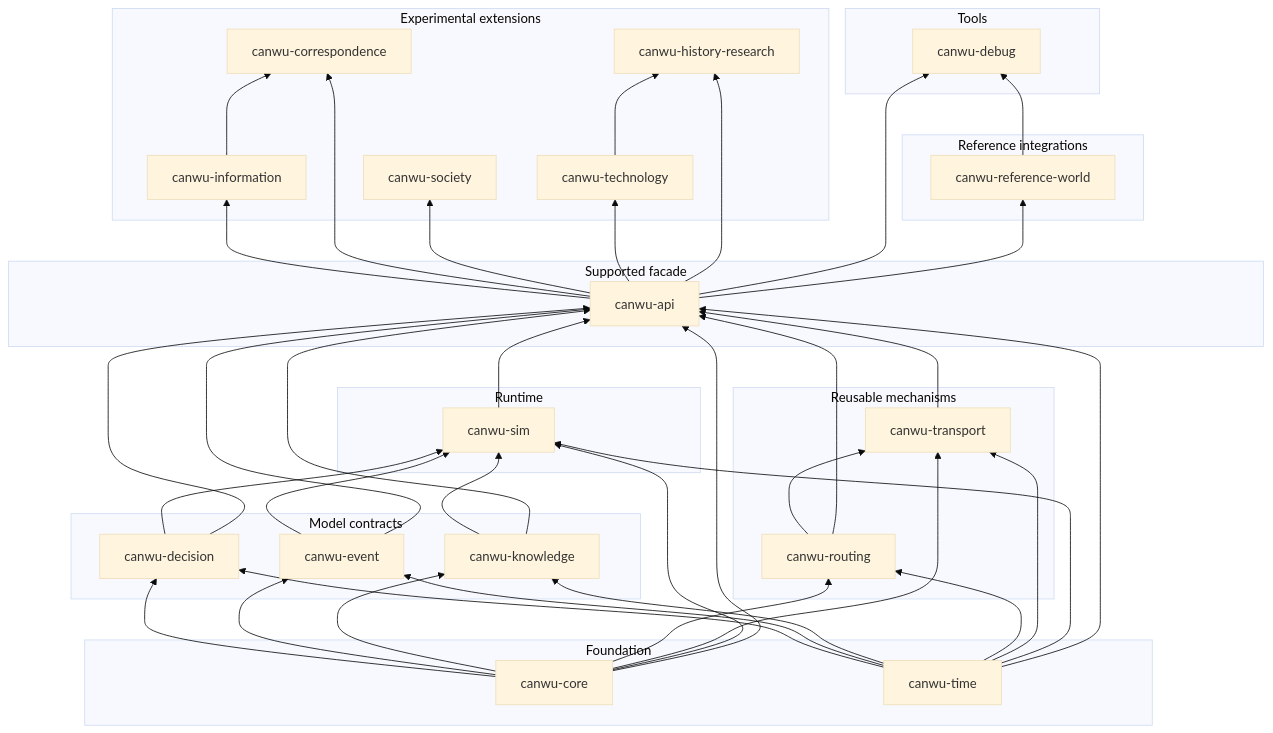
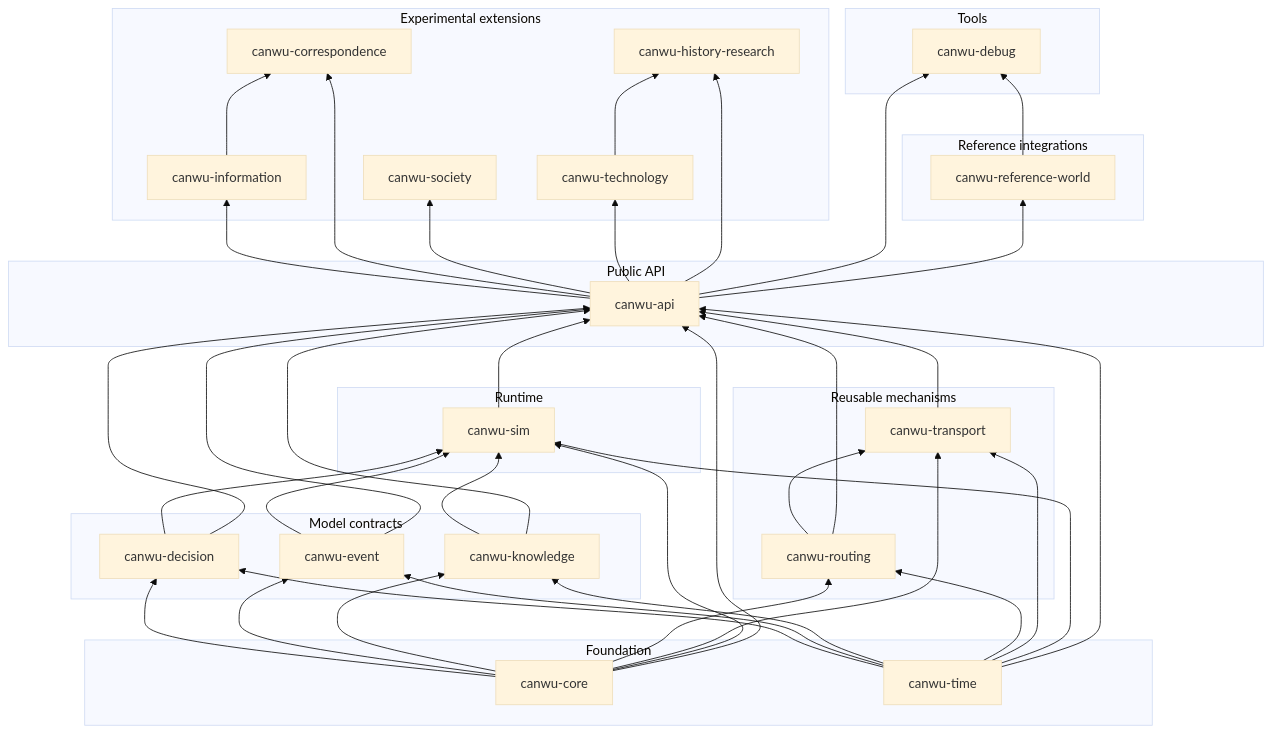
Before and after one commit to PeiyuanQi/canwu: the diagram in crates/README.md, drawn with Mermaid (base theme). The commit also changed other lines of this file and 55 other files, not shown here.

Commit message:
refactor: rename facade directory to api

```diff
--- a/crates/README.md
+++ b/crates/README.md
@@ -46,7 +46,7 @@
         technology
         history
     end
-    subgraph facade["Supported facade"]
+    subgraph PublicApi["Public API"]
         api
     end
     subgraph runtime["Runtime"]
```
